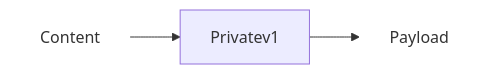
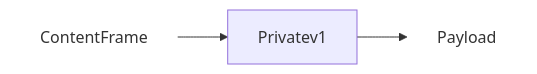
One commit to waku-org/specs changed the first of 3 diagrams in standards/application/privatev1.md. Above: the diagram before and after it, drawn with Mermaid. The commit also changed other lines of this file, not shown here.

Commit message:
frame handling + initialization

````diff
--- a/standards/application/privatev1.md
+++ b/standards/application/privatev1.md
@@ -50,5 +50,5 @@
 ```mermaid
 flowchart LR
-    Content:::plain--> Privatev1 --> Payload:::plain
+    ContentFrame:::plain--> Privatev1 --> Payload:::plain
     classDef plain fill:none,stroke:transparent;
 ```
````
